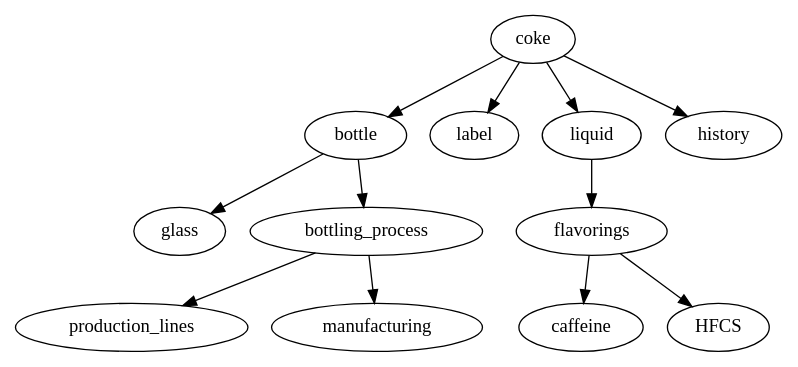
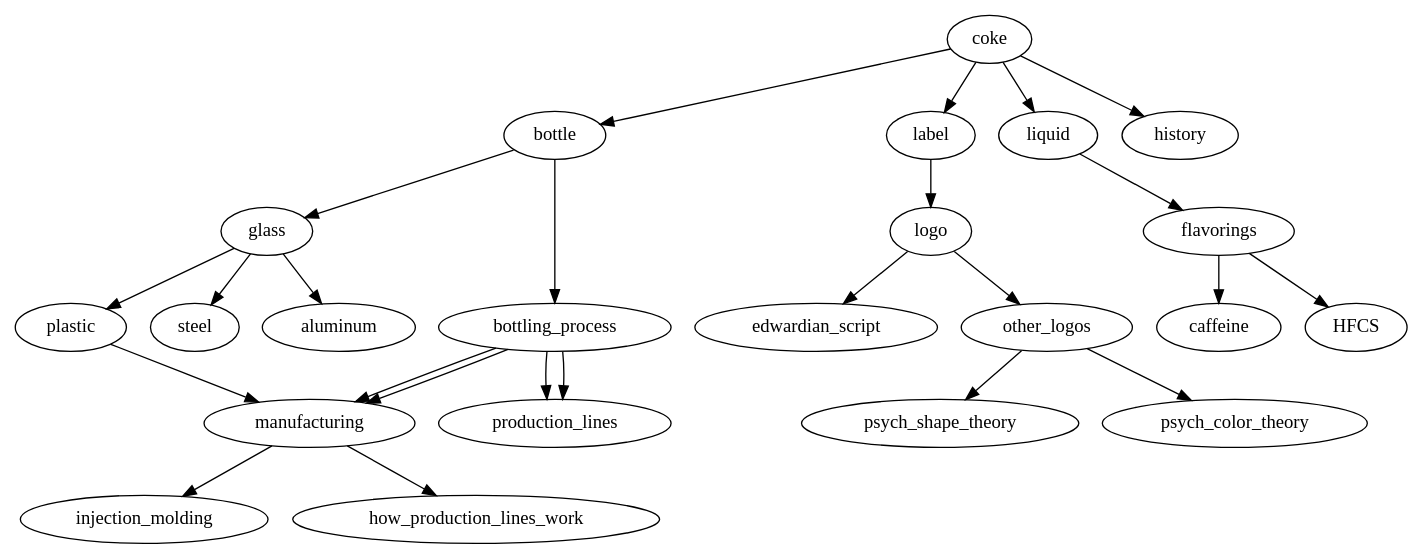
Before and after one commit to vinitlee/ufiles: the diagram in scienceofeverything.dot, drawn with Graphviz.

```diff
--- a/scienceofeverything.dot
+++ b/scienceofeverything.dot
@@ -1,17 +1,35 @@
 digraph coke {
     coke -> bottle
     coke -> label
     coke -> liquid
     coke -> history
-                                                                                                                
     bottle -> glass
     bottle -> bottling_process
-                                                                                                            
+
     bottling_process -> production_lines
     bottling_process -> manufacturing
-                                                                                                                    
+
+    glass -> plastic
+    glass -> steel
+    glass -> aluminum
+
+    plastic -> manufacturing -> injection_molding
+
+    bottling_process -> production_lines
+    bottling_process -> manufacturing
+
+    manufacturing -> how_production_lines_work
+
+    label -> logo
+
+    logo -> edwardian_script
+    logo -> other_logos
+
+    other_logos -> psych_shape_theory
+    other_logos -> psych_color_theory
+
     liquid -> flavorings
-    
+
     flavorings -> caffeine
     flavorings -> HFCS
 }
```
